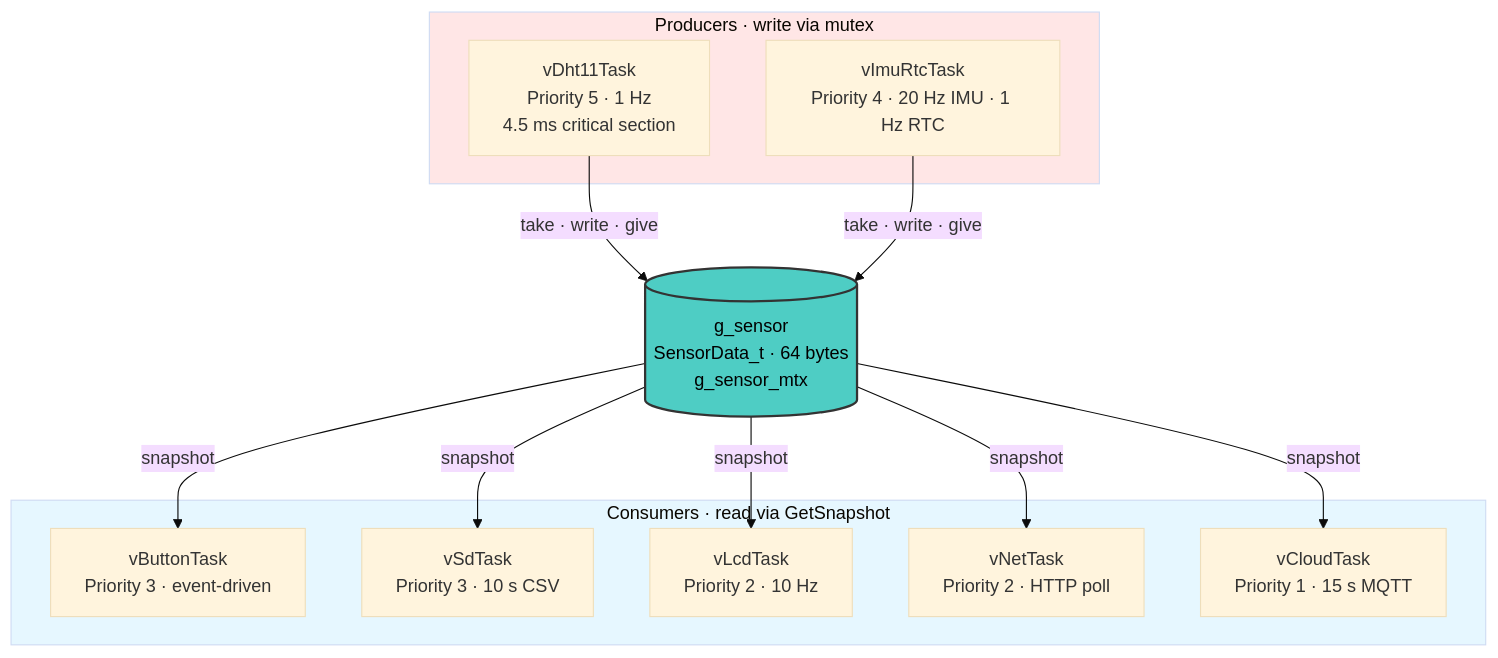
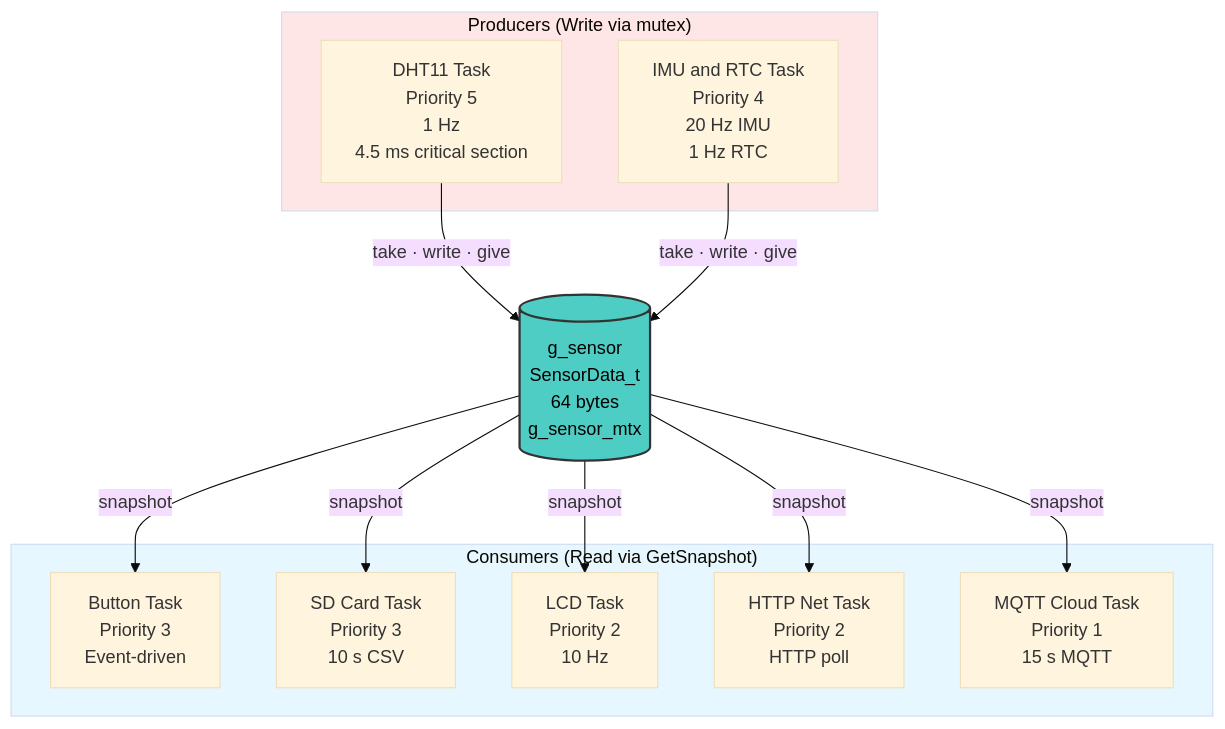
The diagram in README.md (rubin-khadka/STM32F411_FreeRTOS_Cloud_Logger), drawn with Mermaid (base theme) before and after one commit. The commit also changed other lines of this file and 1 other file, not shown here.

````diff
--- a/README.md
+++ b/README.md
@@ -68,30 +62,30 @@
 ```mermaid
 flowchart TB
-    subgraph PROD["Producers · write via mutex"]
-        T1["vDht11Task<br/>Priority 5 · 1 Hz<br/>4.5 ms critical section"]
-        T2["vImuRtcTask<br/>Priority 4 · 20 Hz IMU · 1 Hz RTC"]
+    subgraph PROD["Producers (Write via mutex)"]
+        T1["DHT11 Task<br/>Priority 5<br/>1 Hz<br/>4.5 ms critical section"]
+        T2["IMU and RTC Task<br/>Priority 4 <br/>20 Hz IMU <br/>1 Hz RTC"]
     end
 
-    GS[("g_sensor<br/>SensorData_t · 64 bytes<br/>g_sensor_mtx")]
+    GS[("g_sensor<br/>SensorData_t <br/>64 bytes<br/>g_sensor_mtx")]
 
-    subgraph CONS["Consumers · read via GetSnapshot"]
-        T3["vButtonTask<br/>Priority 3 · event-driven"]
-        T4["vSdTask<br/>Priority 3 · 10 s CSV"]
-        T5["vLcdTask<br/>Priority 2 · 10 Hz"]
-        T6["vNetTask<br/>Priority 2 · HTTP poll"]
-        T7["vCloudTask<br/>Priority 1 · 15 s MQTT"]
+    subgraph CONS["Consumers (Read via GetSnapshot)"]
+        T3["Button Task<br/>Priority 3 <br/>Event-driven"]
+        T4["SD Card Task<br/>Priority 3 <br/>10 s CSV"]
+        T5["LCD Task<br/>Priority 2 <br/>10 Hz"]
+        T6["HTTP Net Task<br/>Priority 2 <br/>HTTP poll"]
+        T7["MQTT Cloud Task<br/>Priority 1 <br/>15 s MQTT"]
     end
 
     T1 -->|"take · write · give"| GS
     T2 -->|"take · write · give"| GS
 
     GS -->|"snapshot"| T3
     GS -->|"snapshot"| T4
     GS -->|"snapshot"| T5
     GS -->|"snapshot"| T6
     GS -->|"snapshot"| T7
 
     style GS fill:#4ecdc4,color:#000,stroke:#333,stroke-width:2px
     style PROD fill:#ffe6e6
     style CONS fill:#e6f7ff
 ```
````
